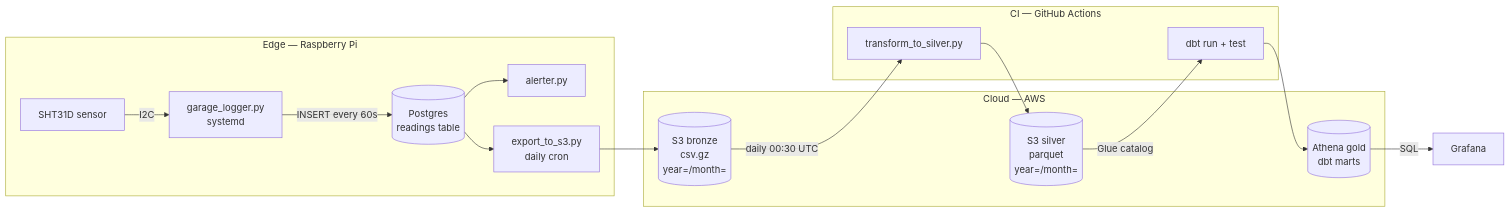
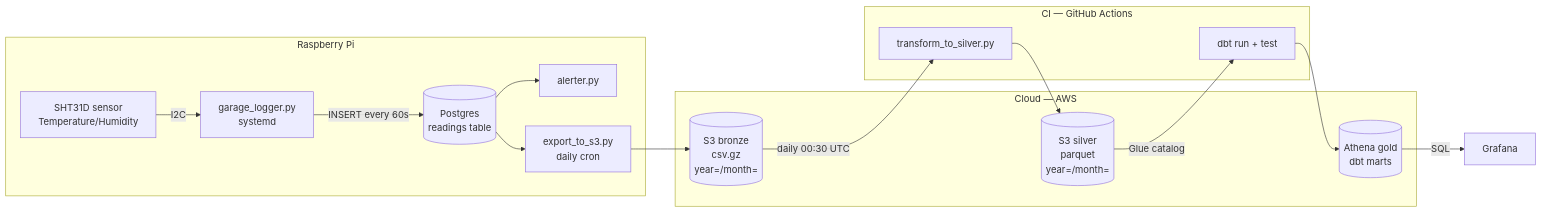
One commit to Travis-Magaluk/garagewatch changed the diagram in docs/architecture.md. Above: the diagram before and after it, drawn with Mermaid. The commit also changed other lines of this file and 8 other files, not shown here.

````diff
--- a/docs/architecture.md
+++ b/docs/architecture.md
@@ -5,22 +5,22 @@
 ```mermaid
 flowchart LR
-    subgraph EDGE["Edge — Raspberry Pi"]
-        A["SHT31D sensor"] -->|I2C| B["garage_logger.py<br/>systemd"]
+    subgraph EDGE["Raspberry Pi"]
+        A["SHT31D sensor<br/>Temperature/Humidity"] -->|I2C| B["garage_logger.py<br/>systemd"]
         B -->|"INSERT every 60s"| C[("Postgres<br/>readings table")]
         C --> D["alerter.py"]
         C --> E["export_to_s3.py<br/>daily cron"]
     end
     subgraph CLOUD["Cloud — AWS"]
         F[("S3 bronze<br/>csv.gz<br/>year=/month=")]
         G[("S3 silver<br/>parquet<br/>year=/month=")]
         H[("Athena gold<br/>dbt marts")]
     end
     subgraph CI["CI — GitHub Actions"]
         I["transform_to_silver.py"]
         J["dbt run + test"]
     end
     E --> F
     F -->|daily 00:30 UTC| I --> G
     G -->|Glue catalog| J --> H
     H -->|"SQL"| K["Grafana"]
 ```
````
